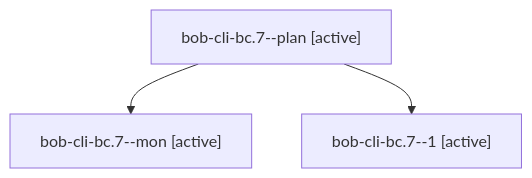
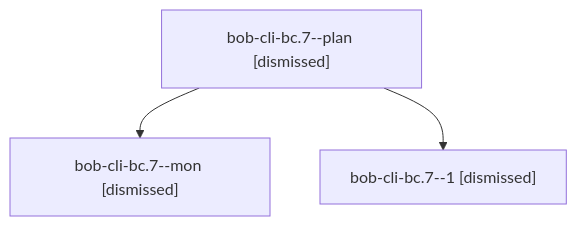
One commit to bobs-org/bob-cli--agents changed the diagram in sessions/bbugyi200.apollo.bob-cli-bc.7.md. Above: the diagram before and after it, drawn with Mermaid. The commit also changed other lines of this file and 225 other files, not shown here.

````diff
--- a/sessions/bbugyi200.apollo.bob-cli-bc.7.md
+++ b/sessions/bbugyi200.apollo.bob-cli-bc.7.md
@@ -9,8 +9,8 @@
 ```mermaid
 flowchart TD
-  n0["bob-cli-bc.7--plan [active]"]
-  n1["bob-cli-bc.7--mon [active]"]
+  n0["bob-cli-bc.7--plan [dismissed]"]
+  n1["bob-cli-bc.7--mon [dismissed]"]
   n0 --> n1
-  n2["bob-cli-bc.7--1 [active]"]
+  n2["bob-cli-bc.7--1 [dismissed]"]
   n0 --> n2
 ```
````
